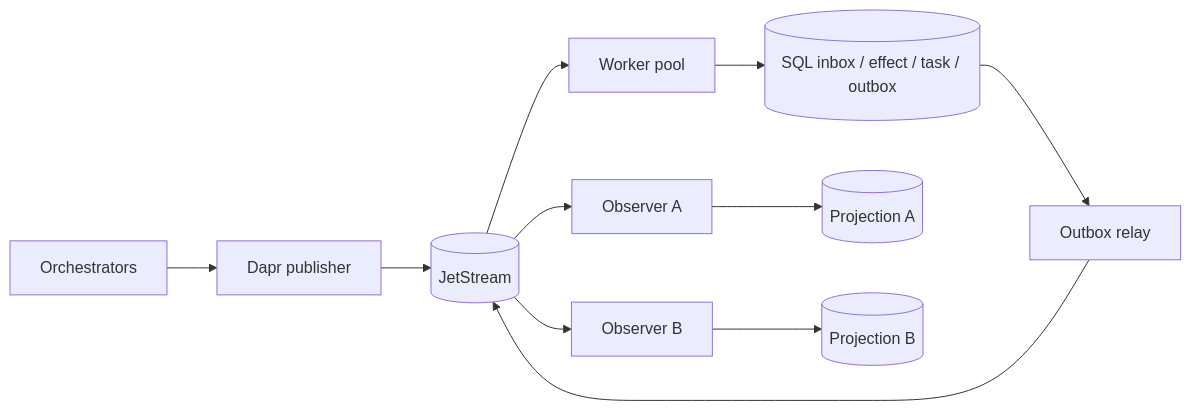
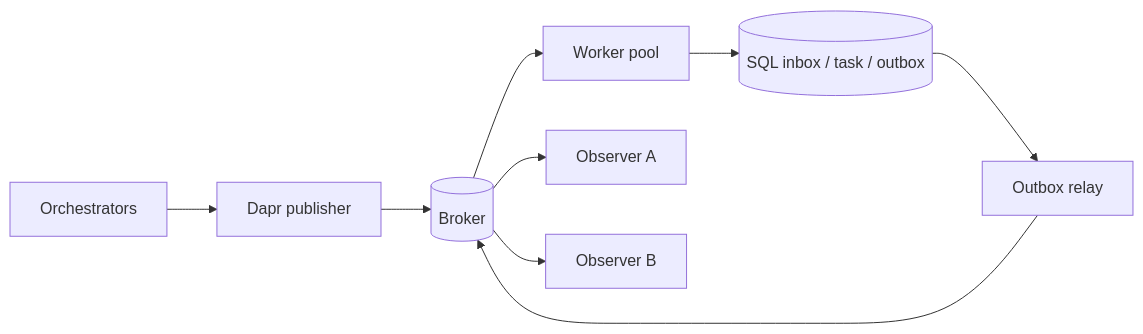
One commit to rodhayl/A2A_MQ changed the diagram in docs/ARCHITECTURE.md. Above: the diagram before and after it, drawn with Mermaid. The commit also changed other lines of this file and 12 other files, not shown here.

````diff
--- a/docs/ARCHITECTURE.md
+++ b/docs/ARCHITECTURE.md
@@ -39,13 +65,11 @@
 ```mermaid
 flowchart LR
   O[Orchestrators] --> P[Dapr publisher]
-  P --> B[(JetStream)]
+  P --> B[(Broker)]
   B --> W[Worker pool]
-  W --> S[(SQL inbox / effect / task / outbox)]
+  W --> S[(SQL inbox / task / outbox)]
   S --> R[Outbox relay]
   R --> B
   B --> A[Observer A]
   B --> C[Observer B]
-  A --> PA[(Projection A)]
-  C --> PC[(Projection B)]
 ```
````
